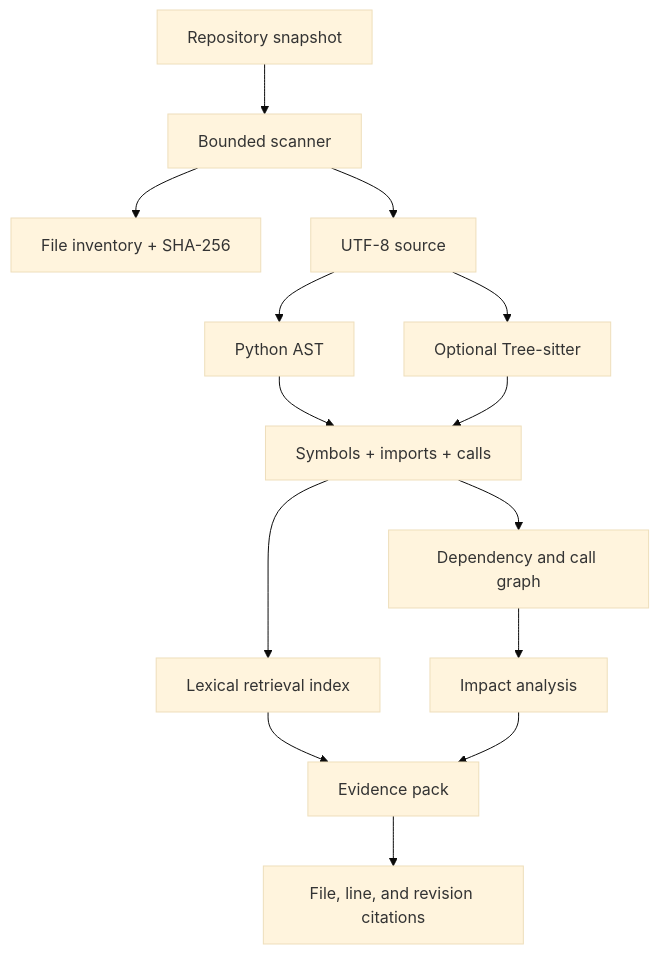
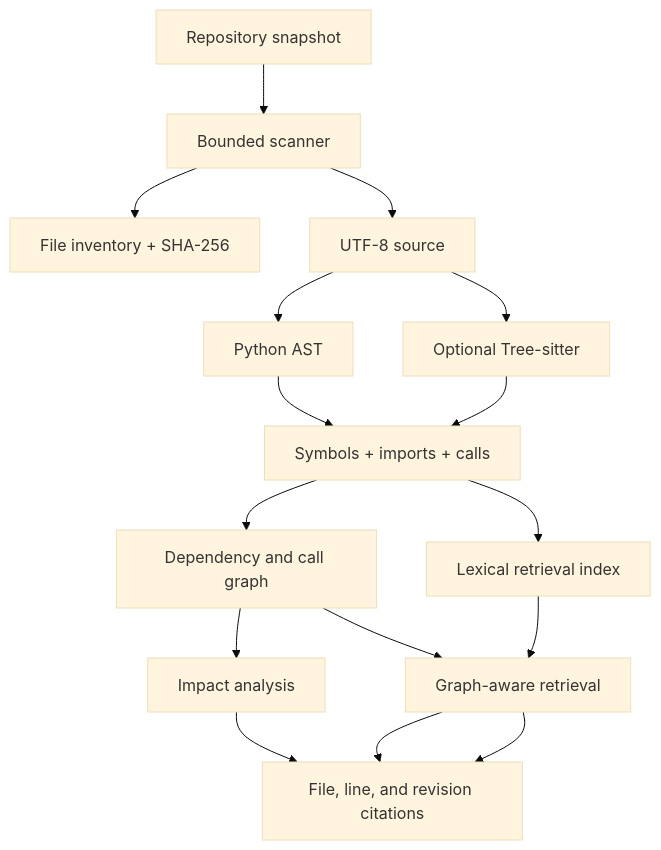
One commit to archivesofkrish/repoatlas-ai changed the diagram in README.md. Above: the diagram before and after it, drawn with Mermaid (base theme). The commit also changed other lines of this file and 18 other files, not shown here.

Commit message:
feat: add graph-aware hybrid retrieval and evaluation benchmark

````diff
--- a/README.md
+++ b/README.md
@@ -138,16 +149,18 @@
 ```mermaid
 flowchart TD
     A[Repository snapshot] --> B[Bounded scanner]
     B --> C[File inventory + SHA-256]
     B --> D[UTF-8 source]
     D --> E[Python AST]
     D --> F[Optional Tree-sitter]
     E --> G[Symbols + imports + calls]
     F --> G
     G --> H[Dependency and call graph]
     G --> I[Lexical retrieval index]
     H --> J[Impact analysis]
-    I --> K[Evidence pack]
-    J --> K
+    H --> K[Graph-aware retrieval]
+    I --> K
+    J --> L[Evidence pack]
+    K --> L
     K --> L[File, line, and revision citations]
 ```
````
